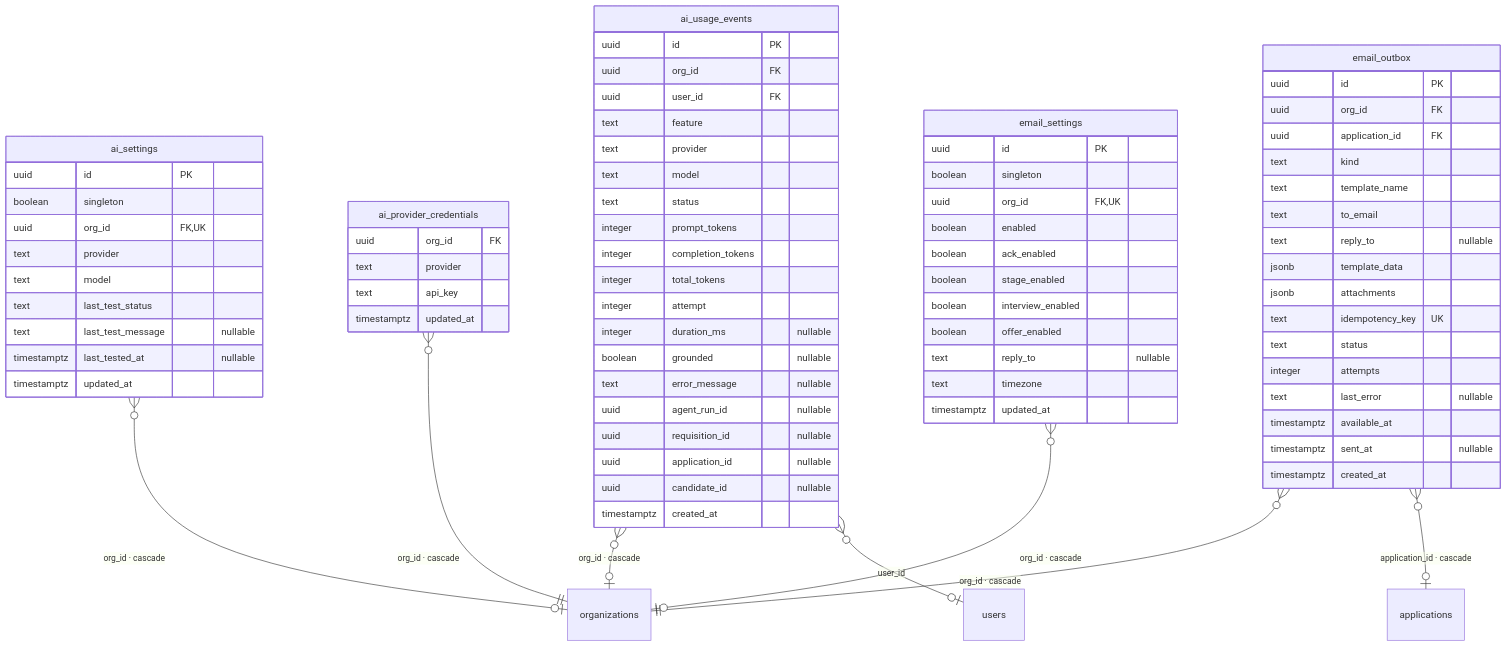
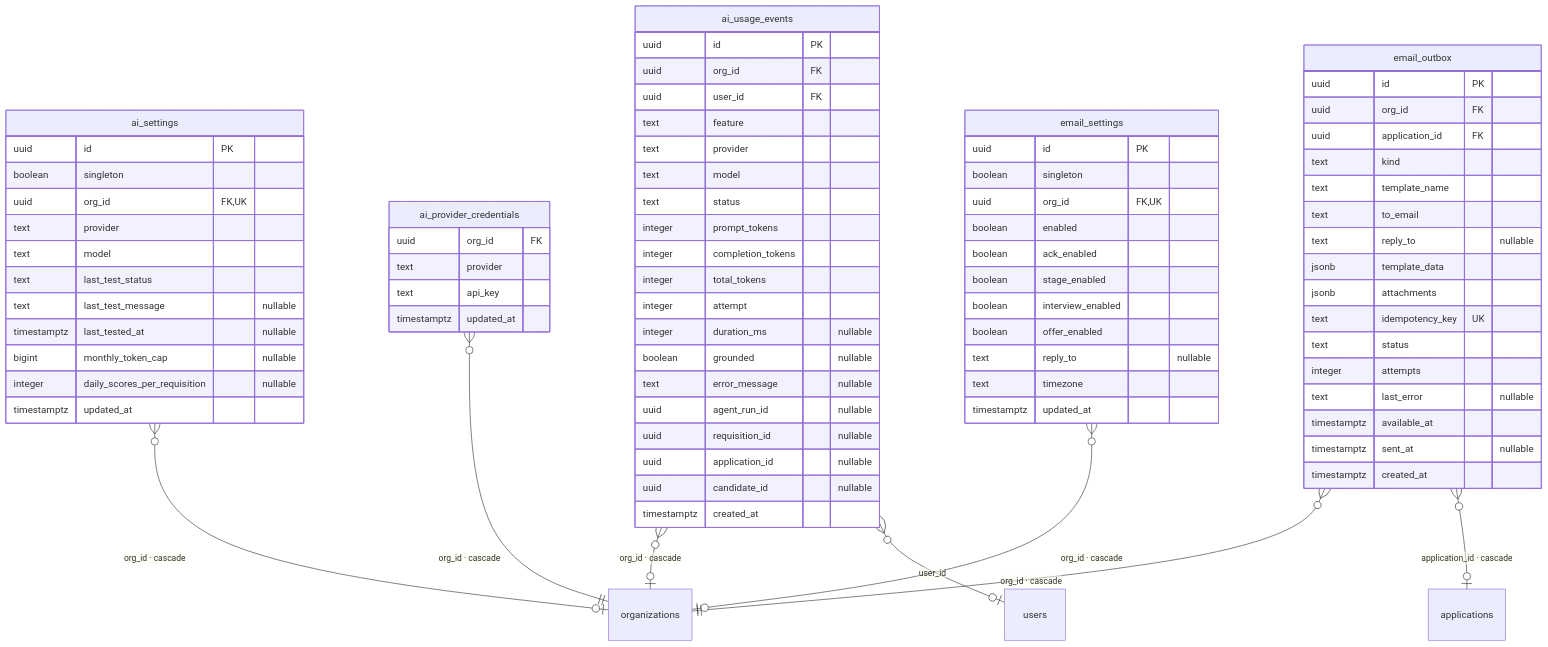
Before and after one commit to madhugraj/ATSAgent: the ninth of 9 diagrams in docs/er-diagram.md, drawn with Mermaid. The commit also changed other lines of this file and 34 other files, not shown here.

````diff
--- a/docs/er-diagram.md
+++ b/docs/er-diagram.md
@@ -1048,80 +1048,82 @@
 ```mermaid
 erDiagram
   ai_settings {
     uuid id PK
     boolean singleton
     uuid org_id FK,UK
     text provider
     text model
     text last_test_status
     text last_test_message "nullable"
     timestamptz last_tested_at "nullable"
+    bigint monthly_token_cap "nullable"
+    integer daily_scores_per_requisition "nullable"
     timestamptz updated_at
   }
   ai_provider_credentials {
     uuid org_id FK
     text provider
     text api_key
     timestamptz updated_at
   }
   ai_usage_events {
     uuid id PK
     uuid org_id FK
     uuid user_id FK
     text feature
     text provider
     text model
     text status
     integer prompt_tokens
     integer completion_tokens
     integer total_tokens
     integer attempt
     integer duration_ms "nullable"
     boolean grounded "nullable"
     text error_message "nullable"
     uuid agent_run_id "nullable"
     uuid requisition_id "nullable"
     uuid application_id "nullable"
     uuid candidate_id "nullable"
     timestamptz created_at
   }
   email_outbox {
     uuid id PK
     uuid org_id FK
     uuid application_id FK
     text kind
     text template_name
     text to_email
     text reply_to "nullable"
     jsonb template_data
     jsonb attachments
     text idempotency_key UK
     text status
     integer attempts
     text last_error "nullable"
     timestamptz available_at
     timestamptz sent_at "nullable"
     timestamptz created_at
   }
   email_settings {
     uuid id PK
     boolean singleton
     uuid org_id FK,UK
     boolean enabled
     boolean ack_enabled
     boolean stage_enabled
     boolean interview_enabled
     boolean offer_enabled
     text reply_to "nullable"
     text timezone
     timestamptz updated_at
   }
 
   ai_settings }o--o| organizations : "org_id · cascade"
   ai_provider_credentials }o--|| organizations : "org_id · cascade"
   ai_usage_events }o--o| organizations : "org_id · cascade"
   ai_usage_events }o--o| users : "user_id"
   email_outbox }o--|| organizations : "org_id · cascade"
   email_outbox }o--o| applications : "application_id · cascade"
   email_settings }o--o| organizations : "org_id · cascade"
 ```
````
